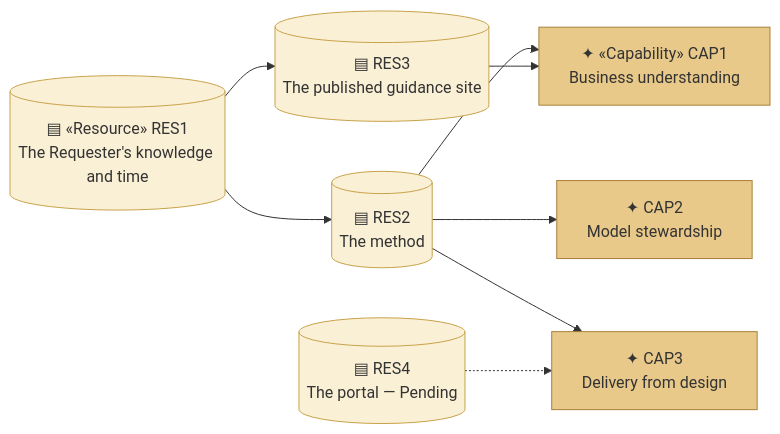
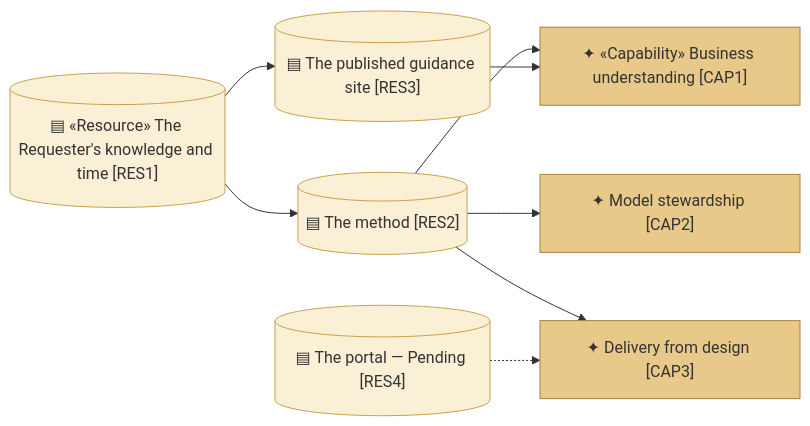
Before and after one commit to roanboc/architecture-archreator: the fifth of 6 diagrams in org-archreator/architecture/1_strategy/2_capabilities-and-resources.md, drawn with Mermaid. The commit also changed other lines of this file and 38 other files, not shown here.

````diff
--- a/org-archreator/architecture/1_strategy/2_capabilities-and-resources.md
+++ b/org-archreator/architecture/1_strategy/2_capabilities-and-resources.md
@@ -238,22 +238,22 @@
 ```mermaid
 flowchart LR
-  res1[("▤ «Resource» RES1<br>The Requester's knowledge and time")]:::resource
-  res2[("▤ RES2<br>The method")]:::resource
-  res3[("▤ RES3<br>The published guidance site")]:::resource
-  res4[("▤ RES4<br>The portal — Pending")]:::resource
+  res1[("▤ «Resource» The Requester's knowledge and time [RES1]")]:::resource
+  res2[("▤ The method [RES2]")]:::resource
+  res3[("▤ The published guidance site [RES3]")]:::resource
+  res4[("▤ The portal — Pending [RES4]")]:::resource
 
-  cap1["✦ «Capability» CAP1<br>Business understanding"]:::area
-  cap2["✦ CAP2<br>Model stewardship"]:::area
-  cap3["✦ CAP3<br>Delivery from design"]:::area
+  cap1["✦ «Capability» Business understanding [CAP1]"]:::area
+  cap2["✦ Model stewardship [CAP2]"]:::area
+  cap3["✦ Delivery from design [CAP3]"]:::area
 
   res1 --> res2
   res1 --> res3
   res2 --> cap1
   res2 --> cap2
   res2 --> cap3
   res3 --> cap1
   res4 -.-> cap3
 
   classDef resource fill:#faf0d5,stroke:#c8a24a,color:#333
   classDef area fill:#e8c98a,stroke:#a8813a,color:#333
 ```
````
